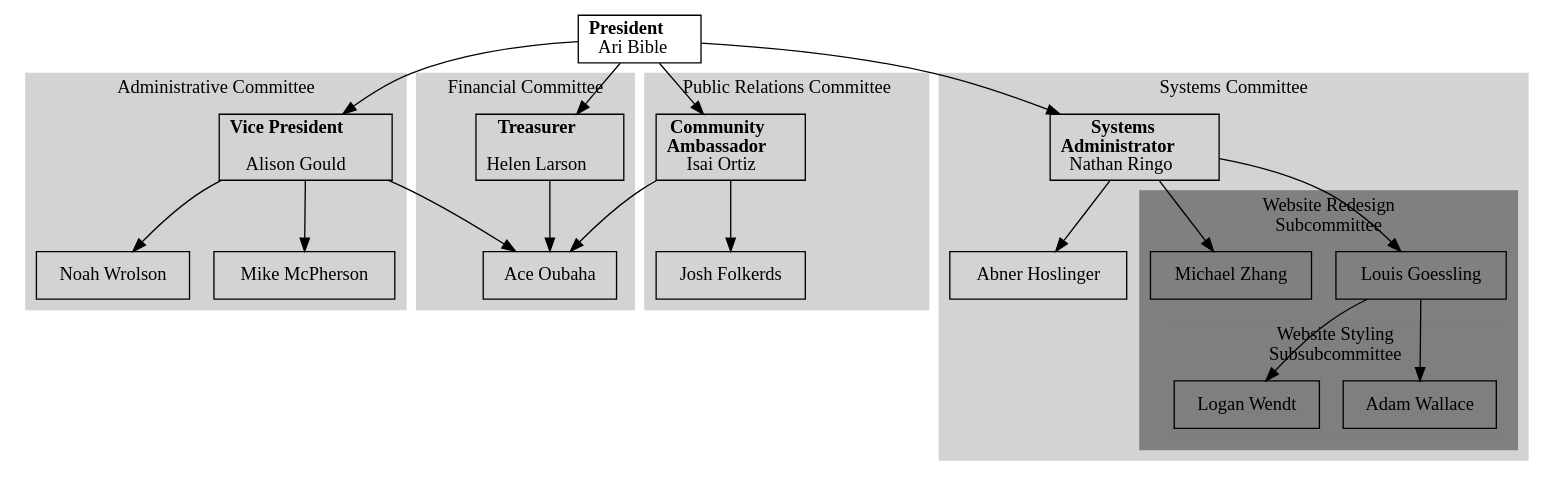
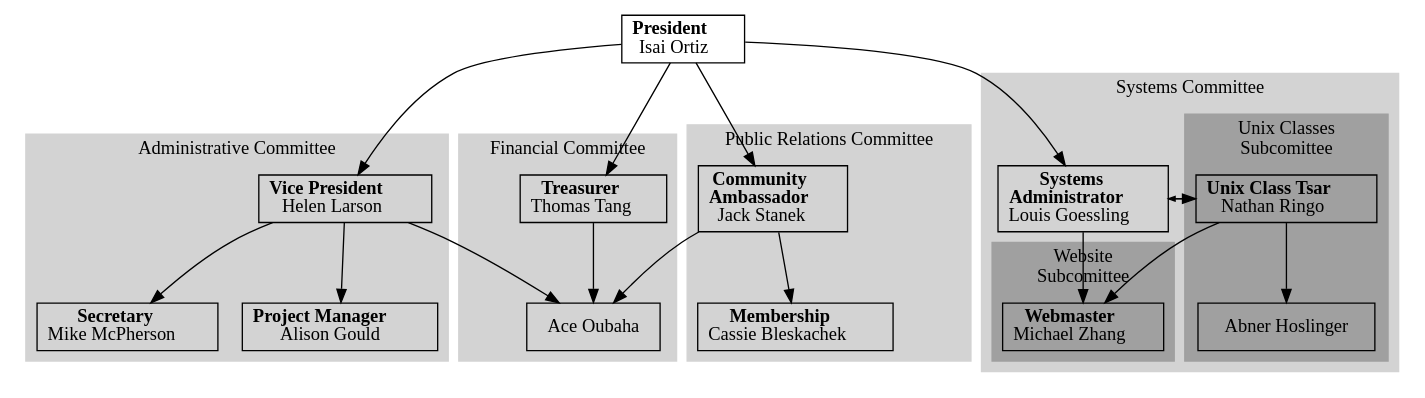
The diagram in charts/officers.dot (acmumn/officer-resources), drawn with Graphviz before and after one commit.

Commit message:
2018-2019 officers

```diff
--- a/charts/officers.dot
+++ b/charts/officers.dot
@@ -1,72 +1,76 @@
 digraph officerPositions {
 	node[shape = "box"];
-	president [label = <<b>President</b><br/>Ari Bible>];
+	graph[overlap = false, spline=true]
 
-	// Ari lording their power over us.
+	president [label = <<b>President</b><br/>Isai Ortiz>];
+
 	president -> vicePresident, treasurer, sysadmin, communityAmbassador;
 
 	subgraph cluster_financial {
-		treasurer [label = <<b>Treasurer</b><br/><br/>Helen Larson>];
+		treasurer [label = <<b>Treasurer</b><br/>Thomas Tang>];
 		ace [label = "Ace Oubaha"];
 
 		treasurer -> ace;
 
 		color = "lightgrey";
 		label = "Financial Committee";
 		style = "filled";
 	}
 
 	subgraph cluster_administrative {
-		vicePresident [label = <<b>Vice President</b><br/><br/>Alison Gould>];
-		secretary [label = "Noah Wrolson"];
-		mike [label = "Mike McPherson"];
+		vicePresident [label = <<b>Vice President</b><br/>Helen Larson>];
+		secretary [label = <<b>Secretary</b><br/>Mike McPherson>];
+		alison [label = <<b>Project Manager</b><br/>Alison Gould>]; //Scrum Mistress
 
-		vicePresident -> secretary, ace, mike;
+		vicePresident -> secretary, ace, alison;
 
 		color = lightgrey;
 		label = "Administrative Committee";
 		style = filled;
 	}
 
 	subgraph cluster_public_relations {
-		communityAmbassador [label = <<b>Community<br/>Ambassador</b><br/>Isai Ortiz>];
-		membership [label = "Josh Folkerds"];
+		communityAmbassador [label = <<b>Community<br/>Ambassador</b><br/>Jack Stanek>];
+		membership [label = <<b>Membership</b><br/>Cassie Bleskachek>];
 
 		communityAmbassador -> ace, membership;
 
 		color = lightgrey;
 		label = "Public Relations Committee";
 		style = filled;
 	}
 
 	subgraph cluster_systems {
-		sysadmin [label = <<b>Systems<br/>Administrator</b><br/>Nathan Ringo>];
-		abner [label = "Abner Hoslinger"];
+		sysadmin [label = <<b>Systems<br/>Administrator</b><br/>Louis Goessling>];
+		
 
-		sysadmin -> abner, louis, webmaster;
+		sysadmin -> unix_class_tsar, webmaster;
 
 		color = lightgrey;
 		label = "Systems Committee";
 		style = filled;
 
 		subgraph cluster_website {
-			webmaster [label = "Michael Zhang"];
-			louis [label = "Louis Goessling"];
+			webmaster [label = <<b>Webmaster</b><br/>Michael Zhang>];
 
-			louis -> adam, logan;
+			color = "#a0a0a0";
+			label = "Website\nSubcomittee";
+			style = filled;
+		}
 
-			color = grey;
-			label = "Website Redesign\nSubcommittee";
+		subgraph cluster_unix_classes {
+			unix_class_tsar [label = <<b>Unix Class Tsar</b><br/>Nathan Ringo>];
+
+			abner [label = "Abner Hoslinger"];
+
+			unix_class_tsar -> abner;
+
+			color = "#a0a0a0";
+			label = "Unix Classes\nSubcomittee";
 			style = filled;
+		}
 
-			subgraph cluster_website_style {
-				adam[label = "Adam Wallace"];
-				logan[label = "Logan Wendt"];
-
-				color = "#7f7f7f";
-				label = "Website Styling\nSubsubcommittee";
-				style = filled;
-			}
-		}
+		unix_class_tsar -> webmaster;
+		unix_class_tsar -> sysadmin [arrowsize = 0.5];
 	}
 }
```
